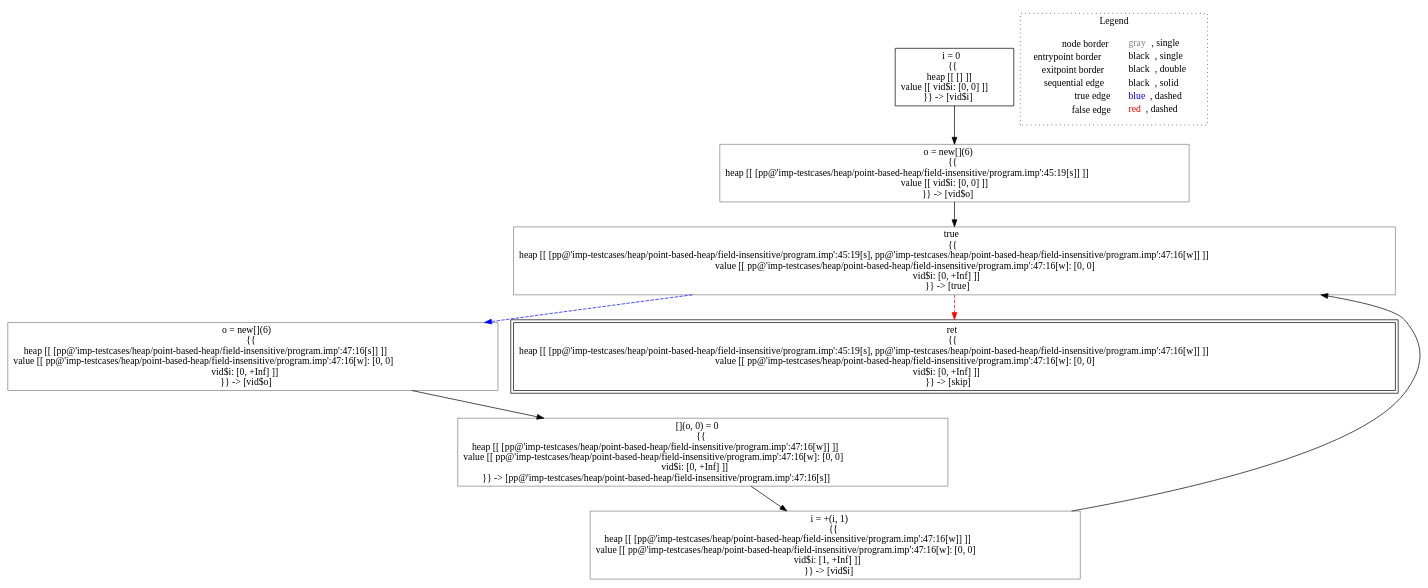
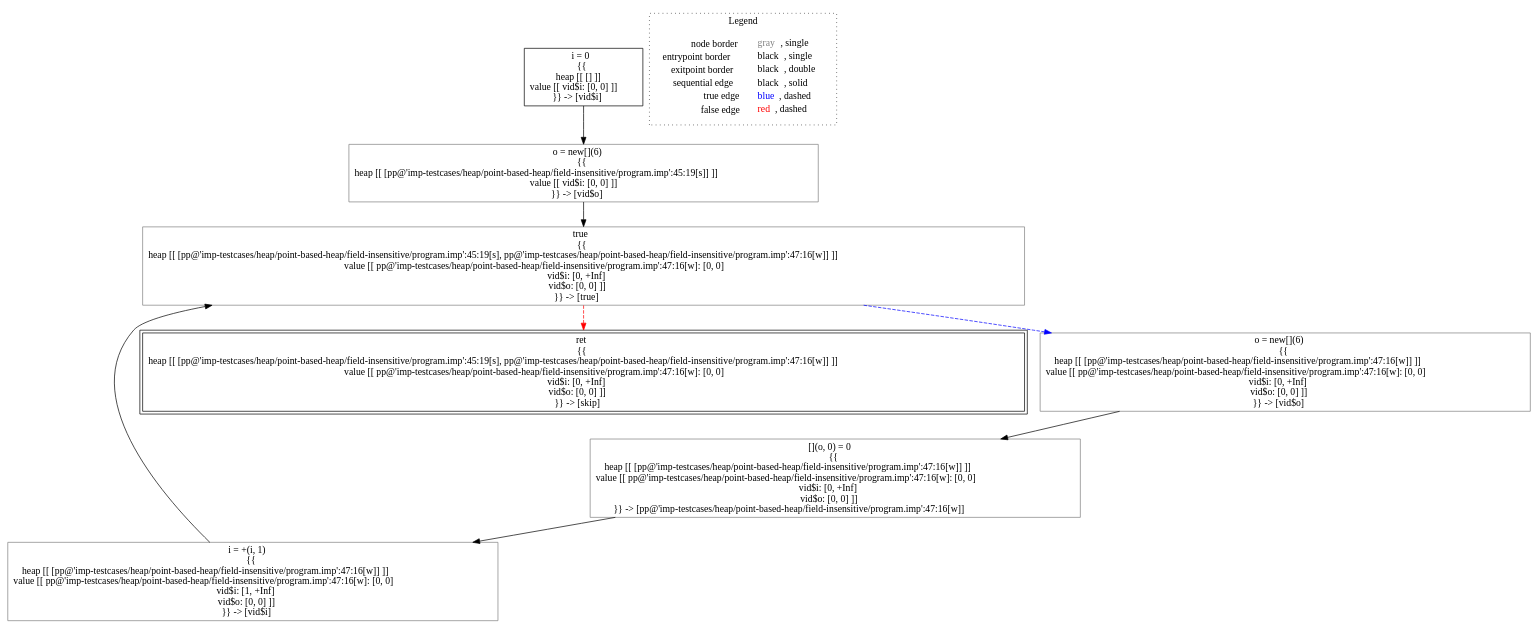
One commit to lisa-analyzer/lisa changed the diagram in lisa/imp-testcases/heap/point-based-heap/field-insensitive/analysis___untyped_A.f5(A_this).dot. Above: the diagram before and after it, drawn with Graphviz. The commit also changed 6 other files, not shown here.

```diff
--- a/lisa/imp-testcases/heap/point-based-heap/field-insensitive/analysis___untyped_A.f5(A_this).dot
+++ b/lisa/imp-testcases/heap/point-based-heap/field-insensitive/analysis___untyped_A.f5(A_this).dot
@@ -1,23 +1,23 @@
 digraph {
 	"node0" [shape="rect",color="black",label=<i = 0<BR/>{{<BR/>heap [[ [] ]]<BR/>value [[ vid$i: [0, 0] ]]<BR/>}} -&gt; [vid$i]>];
-	"node1" [shape="rect",color="gray",label=<[](o, 0) = 0<BR/>{{<BR/>heap [[ [pp@'imp-testcases/heap/point-based-heap/field-insensitive/program.imp':47:16[w]] ]]<BR/>value [[ pp@'imp-testcases/heap/point-based-heap/field-insensitive/program.imp':47:16[w]: [0, 0]<BR/>vid$i: [0, +Inf] ]]<BR/>}} -&gt; [pp@'imp-testcases/heap/point-based-heap/field-insensitive/program.imp':47:16[s]]>];
-	"node2" [shape="rect",color="gray",label=<o = new[](6)<BR/>{{<BR/>heap [[ [pp@'imp-testcases/heap/point-based-heap/field-insensitive/program.imp':45:19[s]] ]]<BR/>value [[ vid$i: [0, 0] ]]<BR/>}} -&gt; [vid$o]>];
-	"node3" [shape="rect",color="gray",label=<true<BR/>{{<BR/>heap [[ [pp@'imp-testcases/heap/point-based-heap/field-insensitive/program.imp':45:19[s], pp@'imp-testcases/heap/point-based-heap/field-insensitive/program.imp':47:16[w]] ]]<BR/>value [[ pp@'imp-testcases/heap/point-based-heap/field-insensitive/program.imp':47:16[w]: [0, 0]<BR/>vid$i: [0, +Inf] ]]<BR/>}} -&gt; [true]>];
-	"node4" [shape="rect",color="gray",label=<o = new[](6)<BR/>{{<BR/>heap [[ [pp@'imp-testcases/heap/point-based-heap/field-insensitive/program.imp':47:16[s]] ]]<BR/>value [[ pp@'imp-testcases/heap/point-based-heap/field-insensitive/program.imp':47:16[w]: [0, 0]<BR/>vid$i: [0, +Inf] ]]<BR/>}} -&gt; [vid$o]>];
-	"node5" [shape="rect",color="gray",label=<i = +(i, 1)<BR/>{{<BR/>heap [[ [pp@'imp-testcases/heap/point-based-heap/field-insensitive/program.imp':47:16[w]] ]]<BR/>value [[ pp@'imp-testcases/heap/point-based-heap/field-insensitive/program.imp':47:16[w]: [0, 0]<BR/>vid$i: [1, +Inf] ]]<BR/>}} -&gt; [vid$i]>];
-	"node6" [shape="rect",color="black",peripheries="2",label=<ret<BR/>{{<BR/>heap [[ [pp@'imp-testcases/heap/point-based-heap/field-insensitive/program.imp':45:19[s], pp@'imp-testcases/heap/point-based-heap/field-insensitive/program.imp':47:16[w]] ]]<BR/>value [[ pp@'imp-testcases/heap/point-based-heap/field-insensitive/program.imp':47:16[w]: [0, 0]<BR/>vid$i: [0, +Inf] ]]<BR/>}} -&gt; [skip]>];
-	"node1" -> "node5" [color="black"];
-	"node0" -> "node2" [color="black"];
-	"node2" -> "node3" [color="black"];
-	"node3" -> "node4" [color="blue",style="dashed"];
-	"node3" -> "node6" [color="red",style="dashed"];
-	"node4" -> "node1" [color="black"];
-	"node5" -> "node3" [color="black"];
+	"node1" [shape="rect",color="black",peripheries="2",label=<ret<BR/>{{<BR/>heap [[ [pp@'imp-testcases/heap/point-based-heap/field-insensitive/program.imp':45:19[s], pp@'imp-testcases/heap/point-based-heap/field-insensitive/program.imp':47:16[w]] ]]<BR/>value [[ pp@'imp-testcases/heap/point-based-heap/field-insensitive/program.imp':47:16[w]: [0, 0]<BR/>vid$i: [0, +Inf]<BR/>vid$o: [0, 0] ]]<BR/>}} -&gt; [skip]>];
+	"node2" [shape="rect",color="gray",label=<i = +(i, 1)<BR/>{{<BR/>heap [[ [pp@'imp-testcases/heap/point-based-heap/field-insensitive/program.imp':47:16[w]] ]]<BR/>value [[ pp@'imp-testcases/heap/point-based-heap/field-insensitive/program.imp':47:16[w]: [0, 0]<BR/>vid$i: [1, +Inf]<BR/>vid$o: [0, 0] ]]<BR/>}} -&gt; [vid$i]>];
+	"node3" [shape="rect",color="gray",label=<o = new[](6)<BR/>{{<BR/>heap [[ [pp@'imp-testcases/heap/point-based-heap/field-insensitive/program.imp':45:19[s]] ]]<BR/>value [[ vid$i: [0, 0] ]]<BR/>}} -&gt; [vid$o]>];
+	"node4" [shape="rect",color="gray",label=<true<BR/>{{<BR/>heap [[ [pp@'imp-testcases/heap/point-based-heap/field-insensitive/program.imp':45:19[s], pp@'imp-testcases/heap/point-based-heap/field-insensitive/program.imp':47:16[w]] ]]<BR/>value [[ pp@'imp-testcases/heap/point-based-heap/field-insensitive/program.imp':47:16[w]: [0, 0]<BR/>vid$i: [0, +Inf]<BR/>vid$o: [0, 0] ]]<BR/>}} -&gt; [true]>];
+	"node5" [shape="rect",color="gray",label=<o = new[](6)<BR/>{{<BR/>heap [[ [pp@'imp-testcases/heap/point-based-heap/field-insensitive/program.imp':47:16[w]] ]]<BR/>value [[ pp@'imp-testcases/heap/point-based-heap/field-insensitive/program.imp':47:16[w]: [0, 0]<BR/>vid$i: [0, +Inf]<BR/>vid$o: [0, 0] ]]<BR/>}} -&gt; [vid$o]>];
+	"node6" [shape="rect",color="gray",label=<[](o, 0) = 0<BR/>{{<BR/>heap [[ [pp@'imp-testcases/heap/point-based-heap/field-insensitive/program.imp':47:16[w]] ]]<BR/>value [[ pp@'imp-testcases/heap/point-based-heap/field-insensitive/program.imp':47:16[w]: [0, 0]<BR/>vid$i: [0, +Inf]<BR/>vid$o: [0, 0] ]]<BR/>}} -&gt; [pp@'imp-testcases/heap/point-based-heap/field-insensitive/program.imp':47:16[w]]>];
+	"node2" -> "node4" [color="black"];
+	"node0" -> "node3" [color="black"];
+	"node3" -> "node4" [color="black"];
+	"node4" -> "node1" [color="red",style="dashed"];
+	"node4" -> "node5" [color="blue",style="dashed"];
+	"node5" -> "node6" [color="black"];
+	"node6" -> "node2" [color="black"];
 subgraph cluster_legend {
 	label="Legend";
 	style=dotted;
 	node [shape=plaintext];
 	"legend" [label=<<table border="0" cellpadding="2" cellspacing="0" cellborder="0"><tr><td align="right">node border&nbsp;</td><td align="left"><font color="gray">gray</font>, single</td></tr><tr><td align="right">entrypoint border&nbsp;</td><td align="left"><font color="black">black</font>, single</td></tr><tr><td align="right">exitpoint border&nbsp;</td><td align="left"><font color="black">black</font>, double</td></tr><tr><td align="right">sequential edge&nbsp;</td><td align="left"><font color="black">black</font>, solid</td></tr><tr><td align="right">true edge&nbsp;</td><td align="left"><font color="blue">blue</font>, dashed</td></tr><tr><td align="right">false edge&nbsp;</td><td align="left"><font color="red">red</font>, dashed</td></tr></table>>];
 }
 
 }
```
